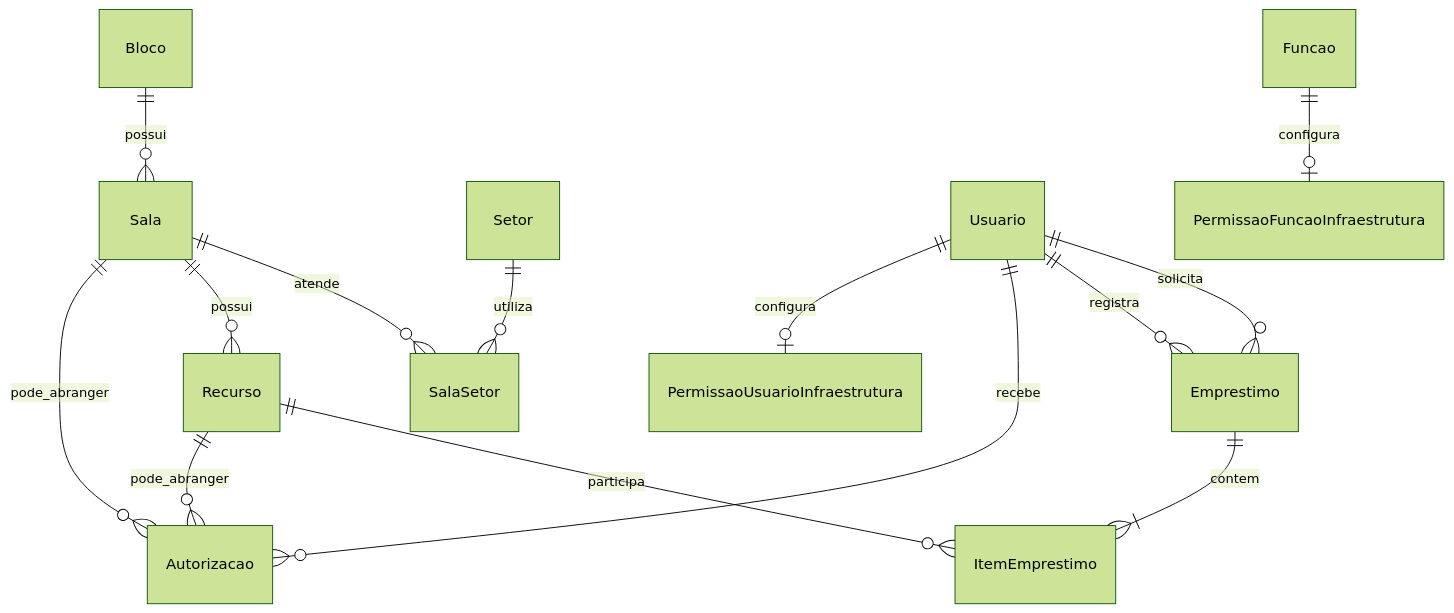
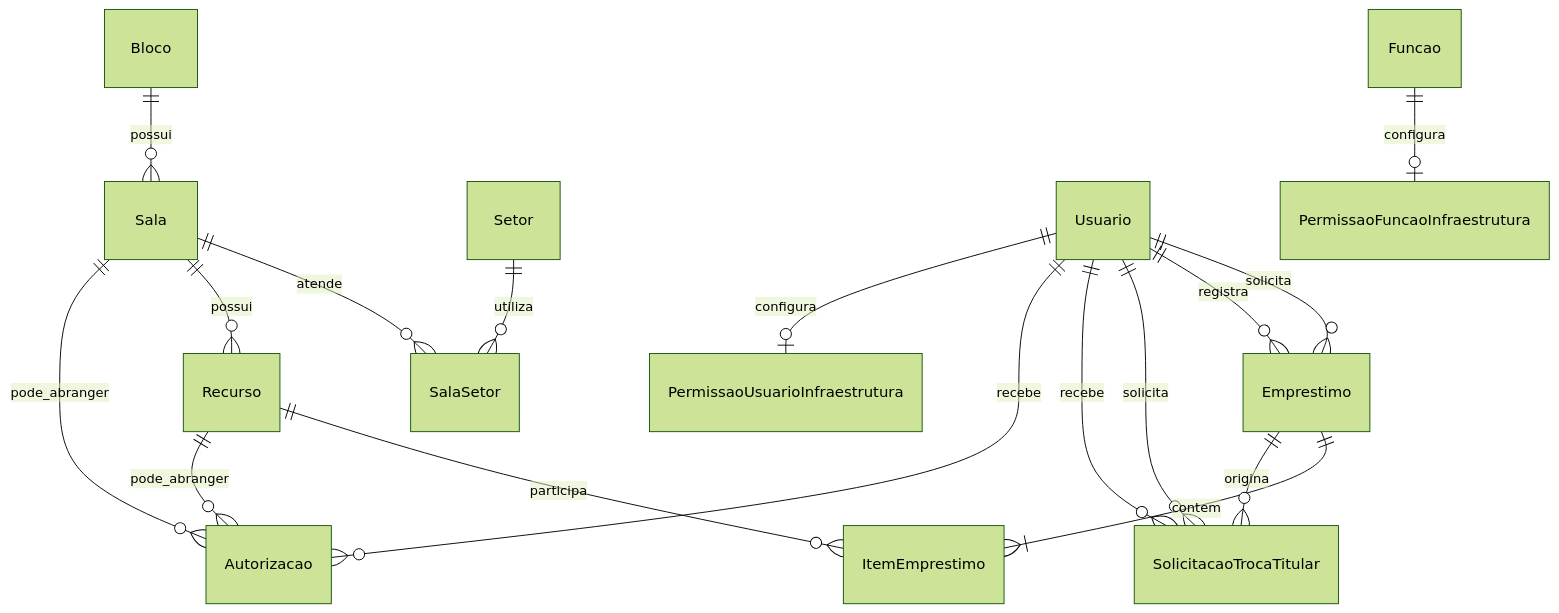
The diagram in docs/schema/infraestrutura.md (soareslucas9090/cortex-platform), drawn with Mermaid (forest theme) before and after one commit. The commit also changed other lines of this file and 29 other files, not shown here.

````diff
--- a/docs/schema/infraestrutura.md
+++ b/docs/schema/infraestrutura.md
@@ -101,16 +109,19 @@
 ```mermaid
 erDiagram
     Bloco ||--o{ Sala : possui
     Sala ||--o{ SalaSetor : atende
     Setor ||--o{ SalaSetor : utiliza
     Sala ||--o{ Recurso : possui
     Usuario ||--o{ Emprestimo : solicita
     Usuario ||--o{ Emprestimo : registra
     Emprestimo ||--|{ ItemEmprestimo : contem
     Recurso ||--o{ ItemEmprestimo : participa
+    Emprestimo ||--o{ SolicitacaoTrocaTitular : origina
+    Usuario ||--o{ SolicitacaoTrocaTitular : solicita
+    Usuario ||--o{ SolicitacaoTrocaTitular : recebe
     Usuario ||--o{ Autorizacao : recebe
     Sala ||--o{ Autorizacao : pode_abranger
     Recurso ||--o{ Autorizacao : pode_abranger
     Funcao ||--o| PermissaoFuncaoInfraestrutura : configura
     Usuario ||--o| PermissaoUsuarioInfraestrutura : configura
 ```
````
